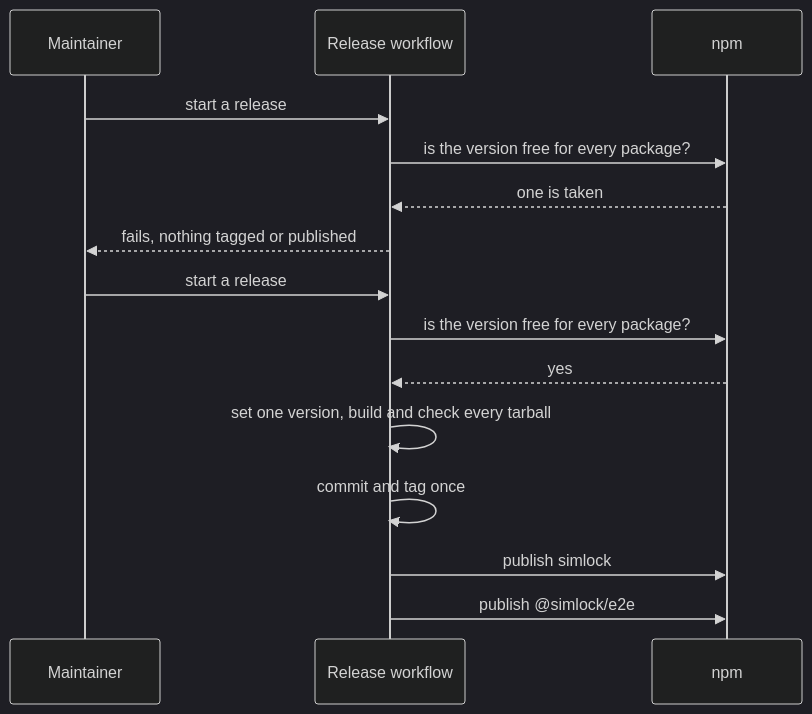
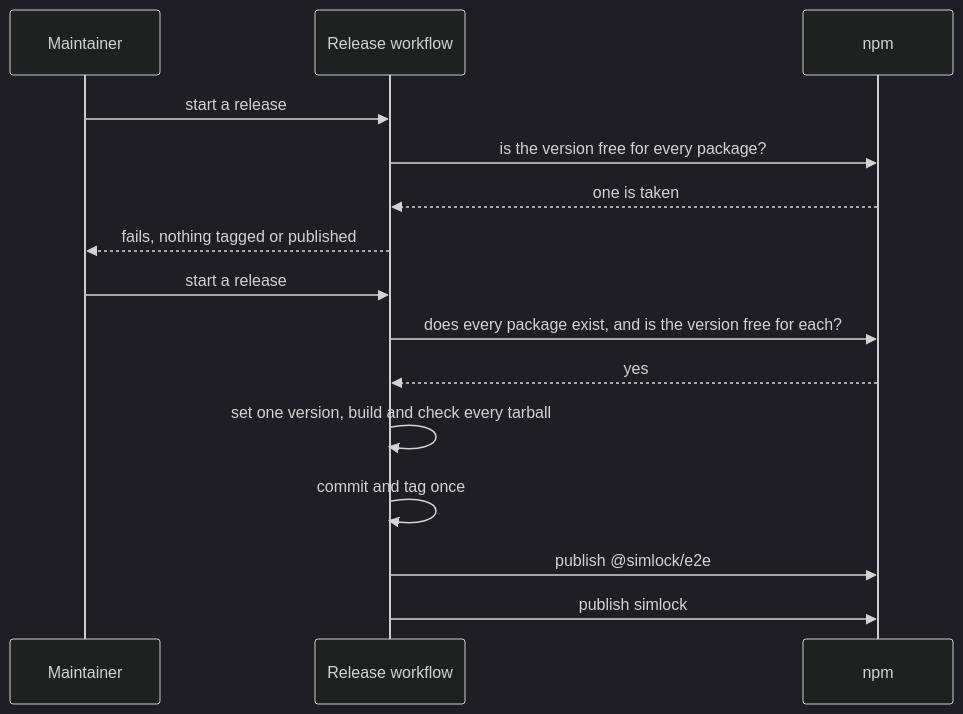
One commit to callstackincubator/simlock changed the second of 2 diagrams in docs/internal/adr/0077-the-repository-is-a-workspace-and-its-packages-release-together-under-one-version.md. Above: the diagram before and after it, drawn with Mermaid (dark theme). The commit also changed other lines of this file, not shown here.

Commit message:
docs(adr): 0077 publishes packages first and needs each on npm (#1562)

````diff
--- a/docs/internal/adr/0077-the-repository-is-a-workspace-and-its-packages-release-together-under-one-version.md
+++ b/docs/internal/adr/0077-the-repository-is-a-workspace-and-its-packages-release-together-under-one-version.md
@@ -66,17 +69,17 @@
 ```mermaid
 sequenceDiagram
   participant M as Maintainer
   participant W as Release workflow
   participant N as npm
   M->>W: start a release
   W->>N: is the version free for every package?
   N-->>W: one is taken
   W-->>M: fails, nothing tagged or published
   M->>W: start a release
-  W->>N: is the version free for every package?
+  W->>N: does every package exist, and is the version free for each?
   N-->>W: yes
   W->>W: set one version, build and check every tarball
   W->>W: commit and tag once
+  W->>N: publish @simlock/e2e
   W->>N: publish simlock
-  W->>N: publish @simlock/e2e
 ```
````
